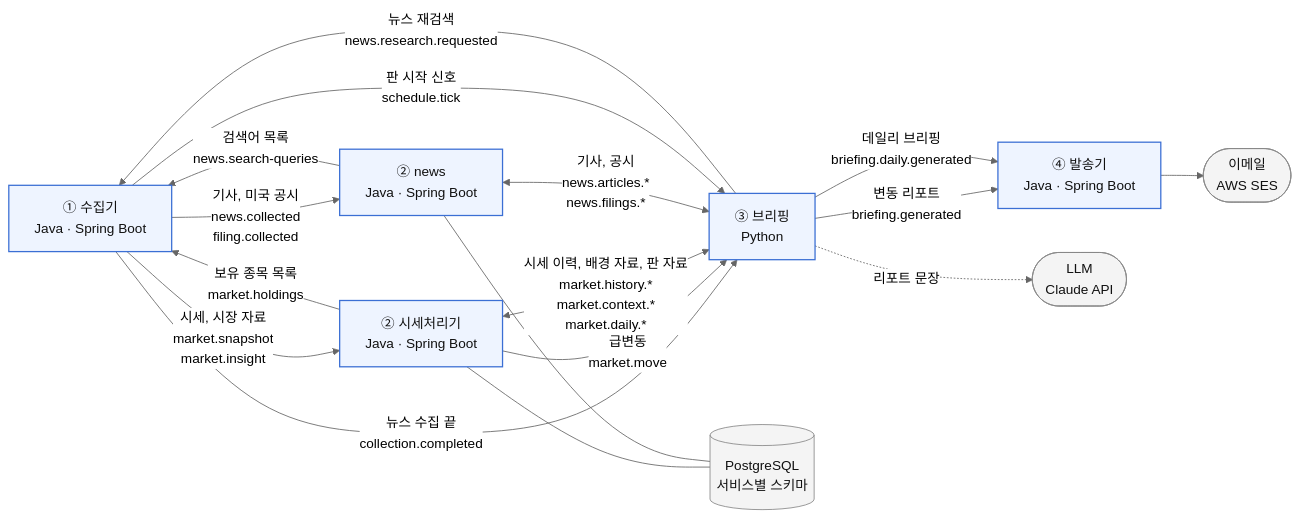
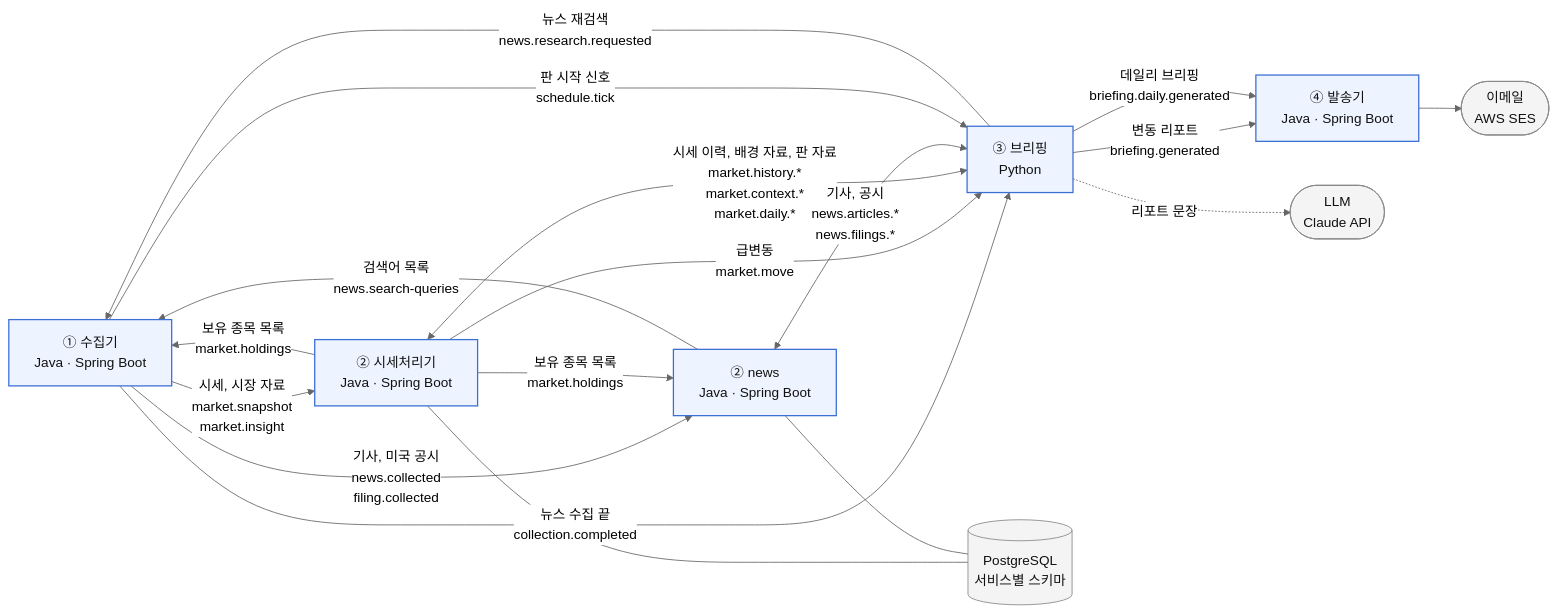
The diagram in README.md (yc0191/stock-reading), drawn with Mermaid (neutral theme) before and after one commit. The commit also changed 33 other files, not shown here.

````diff
--- a/README.md
+++ b/README.md
@@ -15,31 +15,32 @@
 ```mermaid
 flowchart LR
     classDef svc fill:#eef4ff,stroke:#3b6fd4,stroke-width:1.5px,color:#111
     classDef ext fill:#f4f4f4,stroke:#888,color:#111
 
     C["① 수집기<br/>Java · Spring Boot"]:::svc
     M["② 시세처리기<br/>Java · Spring Boot"]:::svc
     NW["② news<br/>Java · Spring Boot"]:::svc
     B["③ 브리핑<br/>Python"]:::svc
     N["④ 발송기<br/>Java · Spring Boot"]:::svc
     DB[("PostgreSQL<br/>서비스별 스키마")]:::ext
     LLM(["LLM<br/>Claude API"]):::ext
     MAIL(["이메일<br/>AWS SES"]):::ext
 
     C -->|"시세, 시장 자료<br/>market.snapshot<br/>market.insight"| M
     C -->|"기사, 미국 공시<br/>news.collected<br/>filing.collected"| NW
     C -->|"뉴스 수집 끝<br/>collection.completed"| B
     M -->|"급변동<br/>market.move"| B
     M <-->|"시세 이력, 배경 자료, 판 자료<br/>market.history.*<br/>market.context.*<br/>market.daily.*"| B
     NW <-->|"기사, 공시<br/>news.articles.*<br/>news.filings.*"| B
     M -->|"보유 종목 목록<br/>market.holdings"| C
+    M -->|"보유 종목 목록<br/>market.holdings"| NW
     NW -->|"검색어 목록<br/>news.search-queries"| C
     M --- DB
     NW --- DB
     B -->|"뉴스 재검색<br/>news.research.requested"| C
     B -.->|"리포트 문장"| LLM
     B -->|"변동 리포트<br/>briefing.generated"| N
     C -->|"판 시작 신호<br/>schedule.tick"| B
     B -->|"데일리 브리핑<br/>briefing.daily.generated"| N
     N --> MAIL
 ```
````
